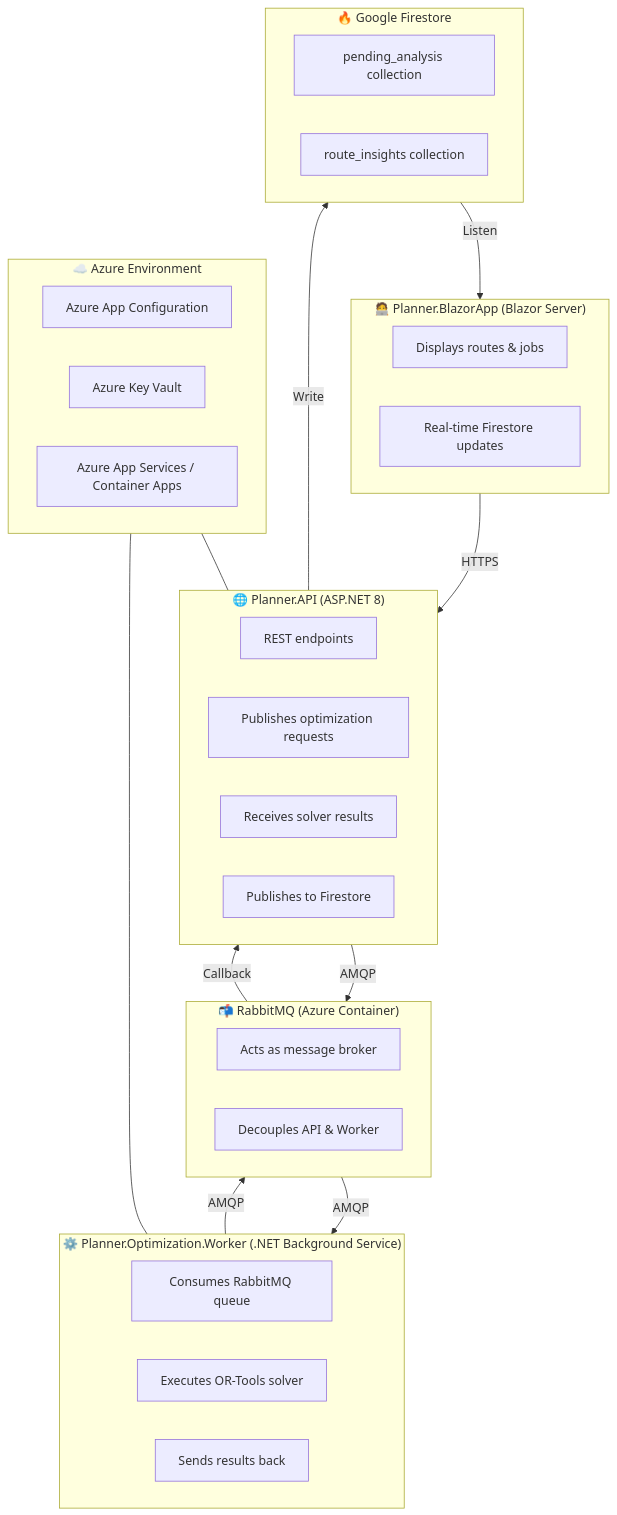
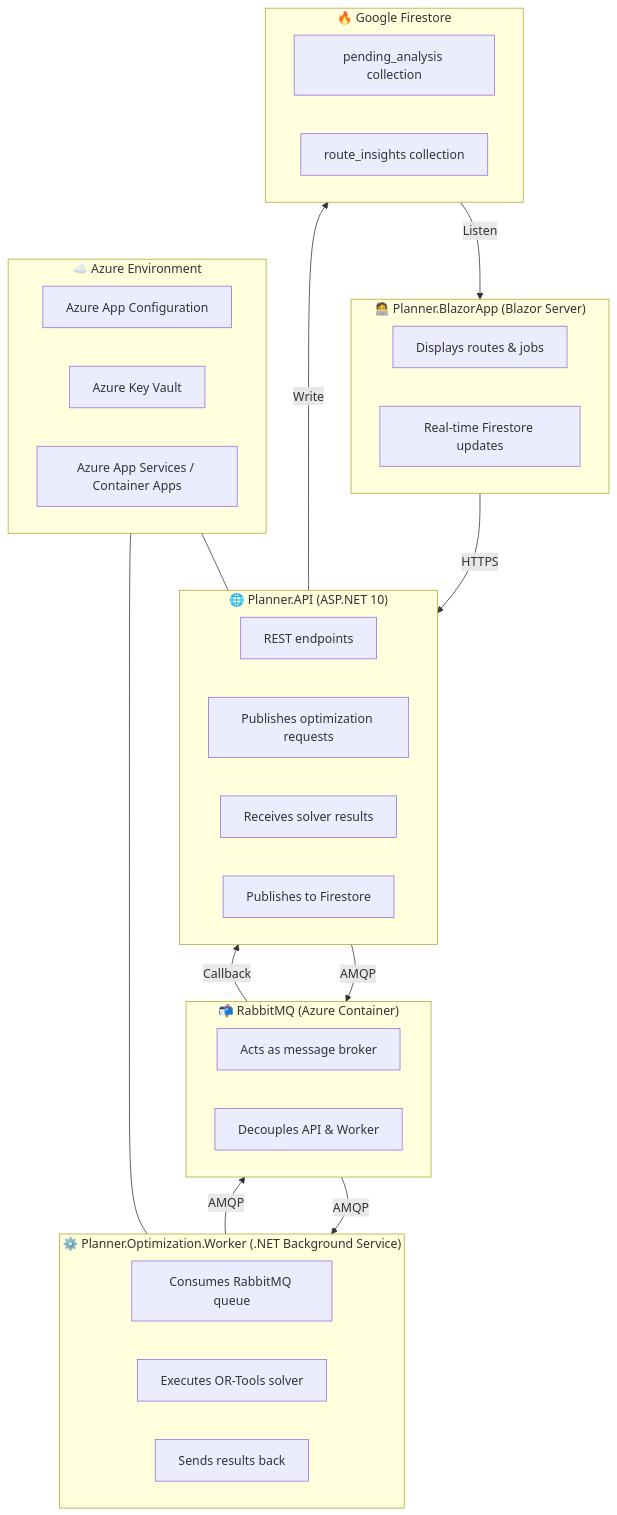
One commit to stephen-wu-chaohui/Planner changed the first of 2 diagrams in docs/README.md. Above: the diagram before and after it, drawn with Mermaid. The commit also changed other lines of this file and 48 other files, not shown here.

````diff
--- a/docs/README.md
+++ b/docs/README.md
@@ -22,40 +22,40 @@
 ```mermaid
 flowchart TD
     subgraph UI["🧑‍💻 Planner.BlazorApp (Blazor Server)"]
         A1[Displays routes & jobs]
         A2[Real-time Firestore updates]
     end
-    subgraph API["🌐 Planner.API (ASP.NET 8)"]
+    subgraph API["🌐 Planner.API (ASP.NET 10)"]
         B1[REST endpoints]
         B2[Publishes optimization requests]
         B3[Receives solver results]
         B4[Publishes to Firestore]
     end
     subgraph Worker["⚙️ Planner.Optimization.Worker (.NET Background Service)"]
         C1[Consumes RabbitMQ queue]
         C2[Executes OR-Tools solver]
         C3[Sends results back]
     end
     subgraph MQ["📬 RabbitMQ (Azure Container)"]
         D1[Acts as message broker]
         D2[Decouples API & Worker]
     end
     subgraph Cloud["☁️ Azure Environment"]
         E1[Azure App Configuration]
         E2[Azure Key Vault]
         E3[Azure App Services / Container Apps]
     end
     subgraph Firestore["🔥 Google Firestore"]
         F1[pending_analysis collection]
         F2[route_insights collection]
     end
     UI -->|HTTPS| API
     API -->|AMQP| MQ
     MQ -->|AMQP| Worker
     Worker -->|AMQP| MQ
     MQ -->|Callback| API
     API -->|Write| Firestore
     Firestore -->|Listen| UI
     Cloud --- API
     Cloud --- Worker
 ```
````
